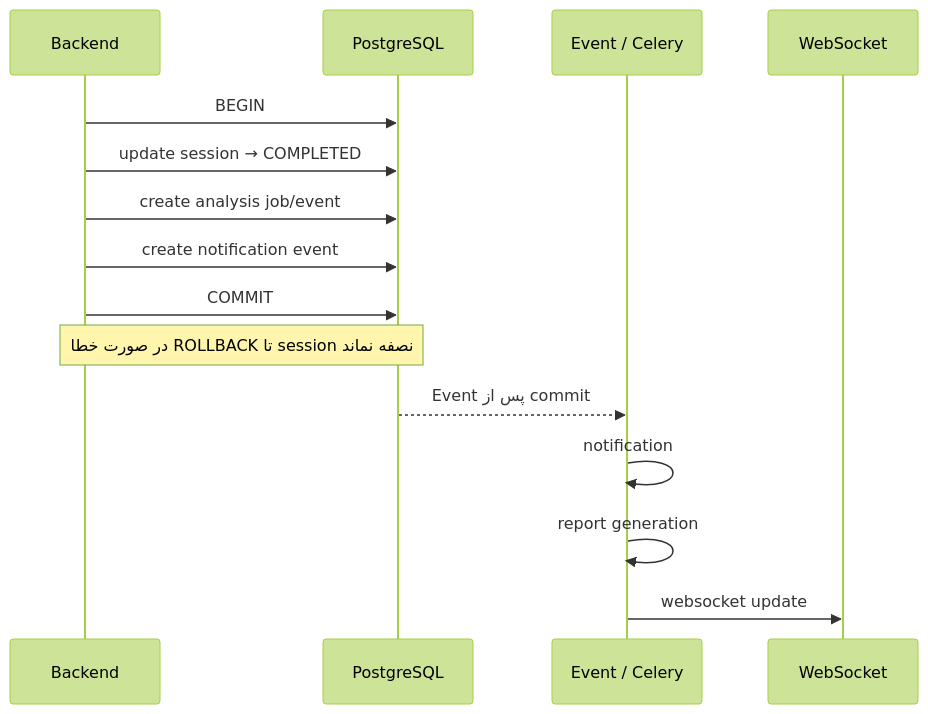
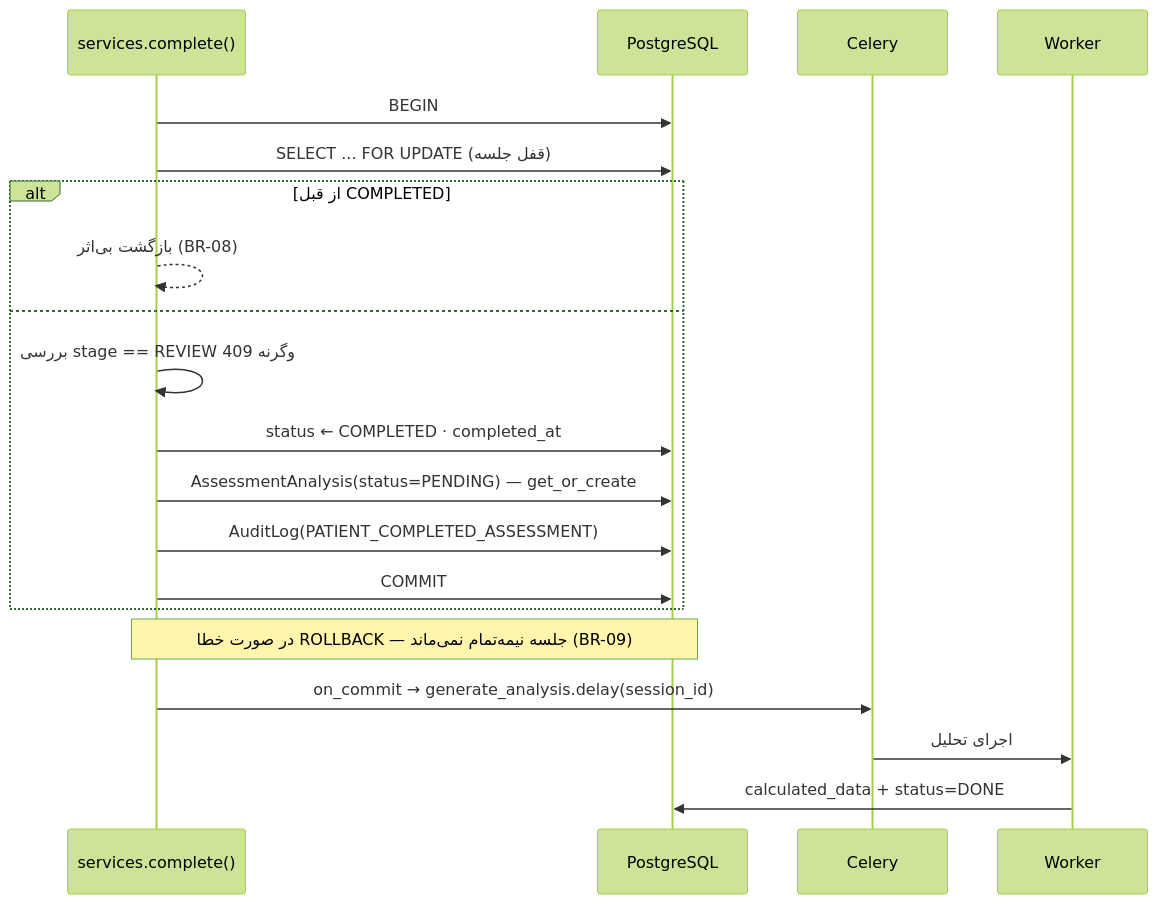
One commit to elmkhah/rorschach changed the seventh of 13 diagrams in documentation/05-sequence-diagrams.md. Above: the diagram before and after it, drawn with Mermaid (forest theme). The commit also changed other lines of this file and 23 other files, not shown here.

````diff
--- a/documentation/05-sequence-diagrams.md
+++ b/documentation/05-sequence-diagrams.md
@@ -165,18 +204,23 @@
 ```mermaid
 sequenceDiagram
-    participant BE as Backend
+    participant BE as services.complete()
     participant DB as PostgreSQL
-    participant EV as Event / Celery
-    participant WS as WebSocket
+    participant Q as Celery
+    participant W as Worker
 
     BE->>DB: BEGIN
-    BE->>DB: update session → COMPLETED
-    BE->>DB: create analysis job/event
-    BE->>DB: create notification event
-    BE->>DB: COMMIT
-    Note over BE,DB: در صورت خطا ROLLBACK تا session نصفه نماند
-    DB-->>EV: Event پس از commit
-    EV->>EV: notification
-    EV->>EV: report generation
-    EV->>WS: websocket update
+    BE->>DB: SELECT ... FOR UPDATE (قفل جلسه)
+    alt از قبل COMPLETED
+        BE-->>BE: بازگشت بی‌اثر (BR-08)
+    else
+        BE->>BE: بررسی stage == REVIEW وگرنه 409
+        BE->>DB: status ← COMPLETED · completed_at
+        BE->>DB: AssessmentAnalysis(status=PENDING) — get_or_create
+        BE->>DB: AuditLog(PATIENT_COMPLETED_ASSESSMENT)
+        BE->>DB: COMMIT
+    end
+    Note over BE,DB: در صورت خطا ROLLBACK — جلسه نیمه‌تمام نمی‌ماند (BR-09)
+    BE->>Q: on_commit → generate_analysis.delay(session_id)
+    Q->>W: اجرای تحلیل
+    W->>DB: calculated_data + status=DONE
 ```
````
